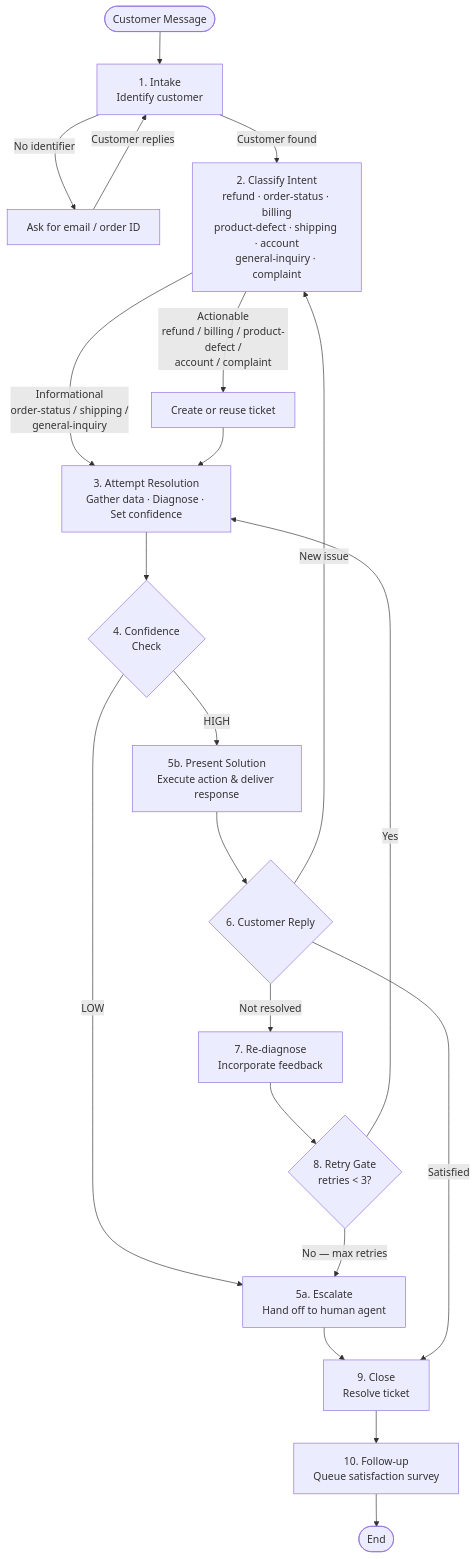
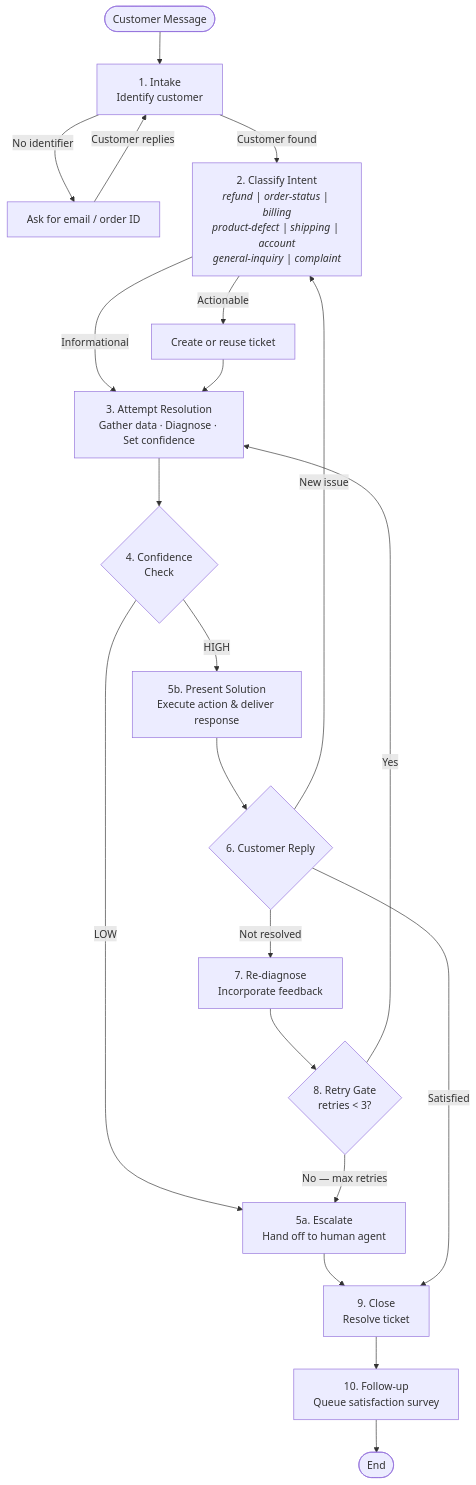
One commit to murphye/agent-skills-customer-service changed the diagram in README.md. Above: the diagram before and after it, drawn with Mermaid. The commit also changed other lines of this file, not shown here.

````diff
--- a/README.md
+++ b/README.md
@@ -82,45 +92,45 @@
 ```mermaid
 flowchart TD
     Start([Customer Message]) --> S1
 
     S1[1. Intake<br/>Identify customer]
     S1 -->|No identifier| Ask[Ask for email / order ID]
     Ask -->|Customer replies| S1
     S1 -->|Customer found| S2
 
-    S2[2. Classify Intent<br/>refund · order-status · billing<br/>product-defect · shipping · account<br/>general-inquiry · complaint]
-    S2 -->|Informational<br/>order-status / shipping /<br/>general-inquiry| S3
-    S2 -->|Actionable<br/>refund / billing / product-defect /<br/>account / complaint| Ticket[Create or reuse ticket]
+    S2["2. Classify Intent<br/><i>refund | order-status | billing<br/>product-defect | shipping | account<br/>general-inquiry | complaint</i>"]
+    S2 -->|Informational| S3
+    S2 -->|Actionable| Ticket[Create or reuse ticket]
     Ticket --> S3
 
     S3[3. Attempt Resolution<br/>Gather data · Diagnose · Set confidence]
     S3 --> S4
 
     S4{4. Confidence<br/>Check}
     S4 -->|LOW| S5a
     S4 -->|HIGH| S5b
 
     S5a[5a. Escalate<br/>Hand off to human agent]
     S5a --> S9
 
     S5b[5b. Present Solution<br/>Execute action & deliver response]
     S5b --> S6
 
     S6{6. Customer Reply}
     S6 -->|Satisfied| S9
     S6 -->|New issue| S2
     S6 -->|Not resolved| S7
 
     S7[7. Re-diagnose<br/>Incorporate feedback]
     S7 --> S8
 
     S8{8. Retry Gate<br/>retries < 3?}
     S8 -->|Yes| S3
     S8 -->|No — max retries| S5a
 
     S9[9. Close<br/>Resolve ticket]
     S9 --> S10
 
     S10[10. Follow-up<br/>Queue satisfaction survey]
     S10 --> Done([End])
 ```
````
